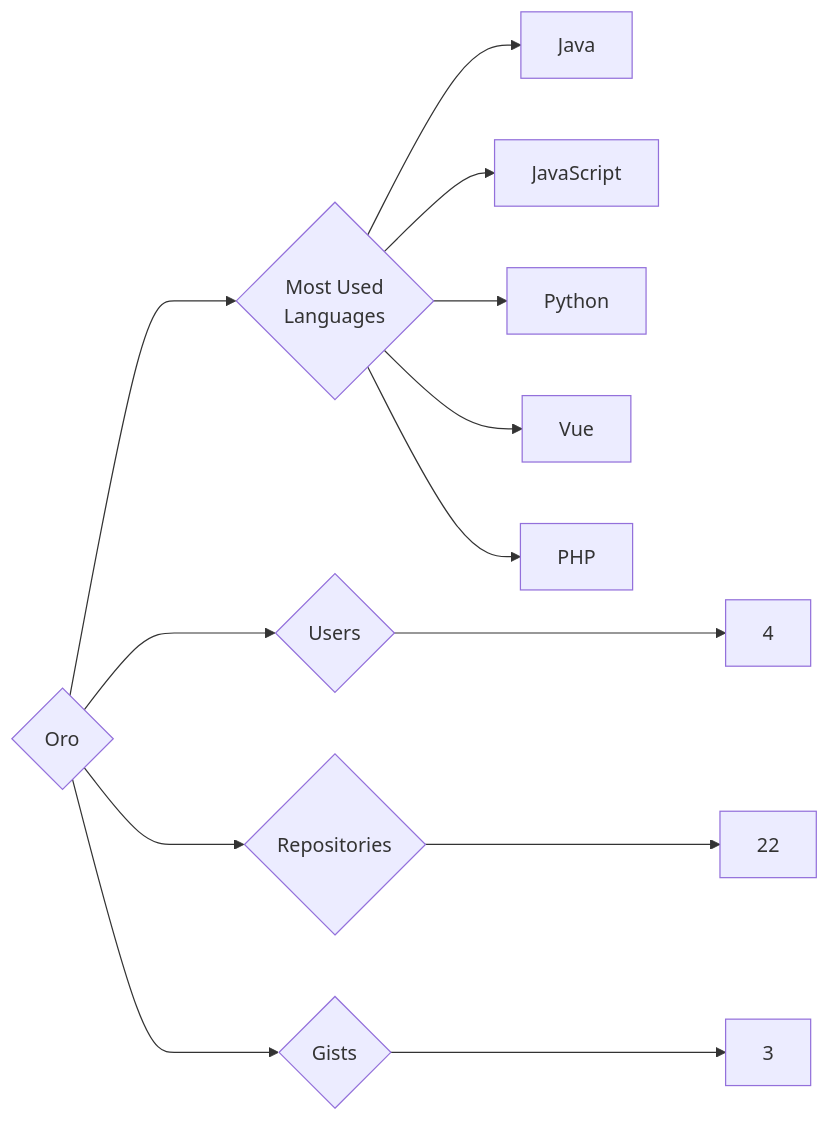
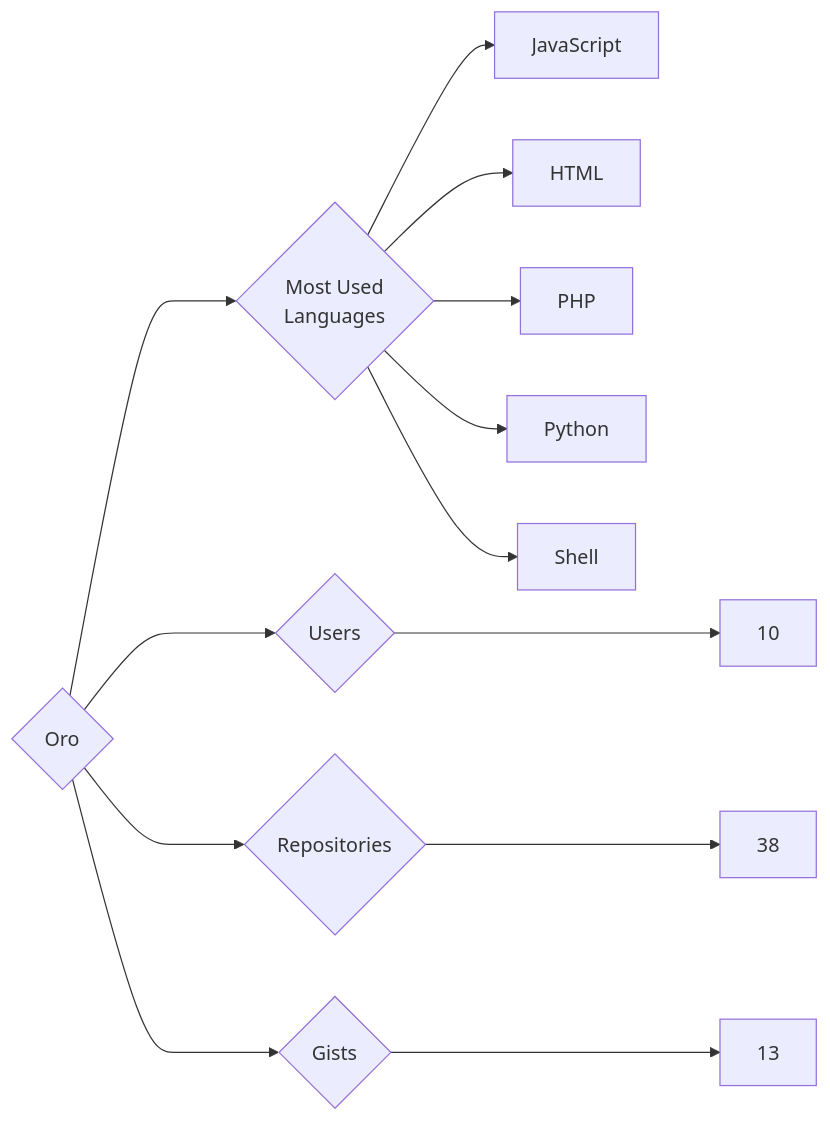
One commit to trickest/insiders changed the diagram in targets/Oro/README.md. Above: the diagram before and after it, drawn with Mermaid. The commit also changed 953 other files, not shown here.

````diff
--- a/targets/Oro/README.md
+++ b/targets/Oro/README.md
@@ -3,13 +3,13 @@
 ```mermaid
 graph LR
 COMPANY_NAME{Oro}
-COMPANY_NAME ---> U{Users} ---> UN[4]
-COMPANY_NAME ---> R{Repositories} ---> RN[22]
-COMPANY_NAME ---> G{Gists} ---> GN[3]
+COMPANY_NAME ---> U{Users} ---> UN[10]
+COMPANY_NAME ---> R{Repositories} ---> RN[38]
+COMPANY_NAME ---> G{Gists} ---> GN[13]
 COMPANY_NAME ---> ML{Most Used<br>Languages}
-ML --> Java[Java]
 ML --> JavaScript[JavaScript]
+ML --> HTML[HTML]
+ML --> PHP[PHP]
 ML --> Python[Python]
-ML --> Vue[Vue]
-ML --> PHP[PHP]
+ML --> Shell[Shell]
 ```
````
